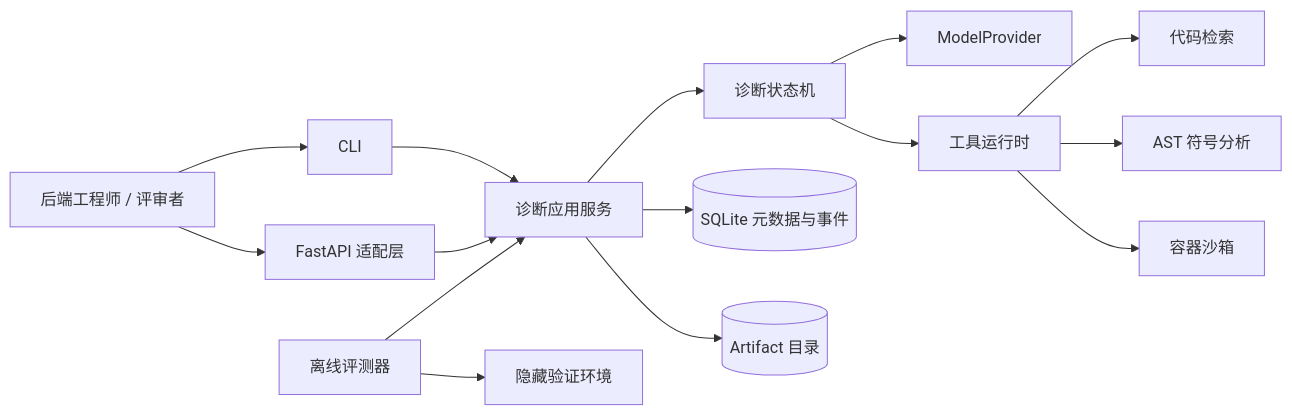
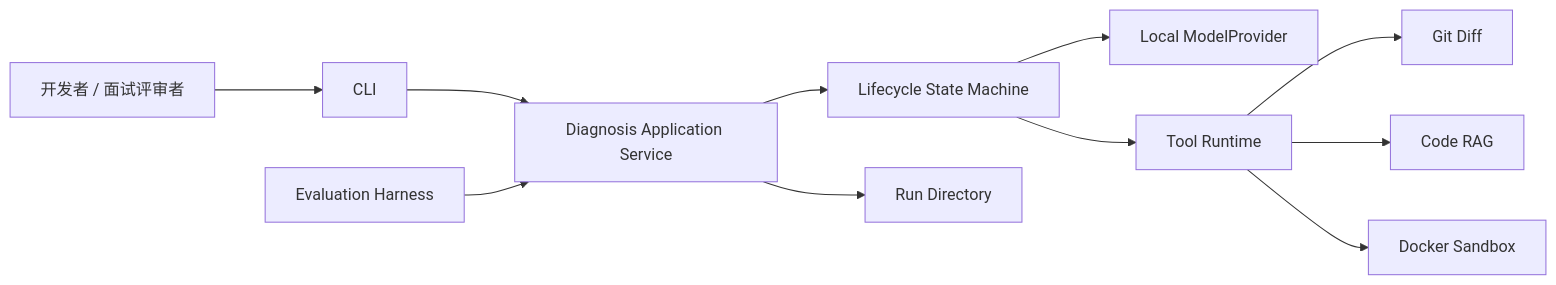
The first of 2 diagrams in docs/design.md (N1rv2na/CodeRCA-agent), drawn with Mermaid before and after one commit. The commit also changed other lines of this file and 16 other files, not shown here.

````diff
--- a/docs/design.md
+++ b/docs/design.md
@@ -94,17 +95,13 @@
 ```mermaid
 flowchart LR
-    User[后端工程师 / 评审者] --> CLI[CLI]
-    User --> API[FastAPI 适配层]
-    CLI --> App[诊断应用服务]
-    API --> App
-    App --> Agent[诊断状态机]
-    Agent --> Models[ModelProvider]
-    Agent --> Tools[工具运行时]
-    Tools --> Retrieval[代码检索]
-    Tools --> Analysis[AST 符号分析]
-    Tools --> Sandbox[容器沙箱]
-    App --> Store[(SQLite 元数据与事件)]
-    App --> Artifacts[(Artifact 目录)]
-    Evaluator[离线评测器] --> App
-    Evaluator --> Hidden[隐藏验证环境]
+    User[开发者 / 面试评审者] --> CLI[CLI]
+    CLI --> App[Diagnosis Application Service]
+    Eval[Evaluation Harness] --> App
+    App --> Agent[Lifecycle State Machine]
+    Agent --> Model[Local ModelProvider]
+    Agent --> Runtime[Tool Runtime]
+    Runtime --> Diff[Git Diff]
+    Runtime --> Retrieval[Code RAG]
+    Runtime --> Sandbox[Docker Sandbox]
+    App --> Runs[Run Directory]
 ```
````
